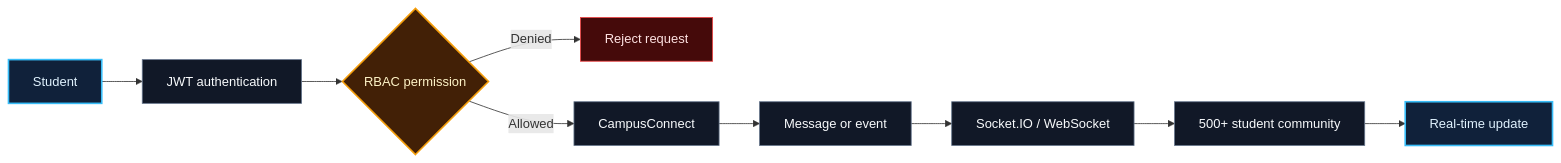
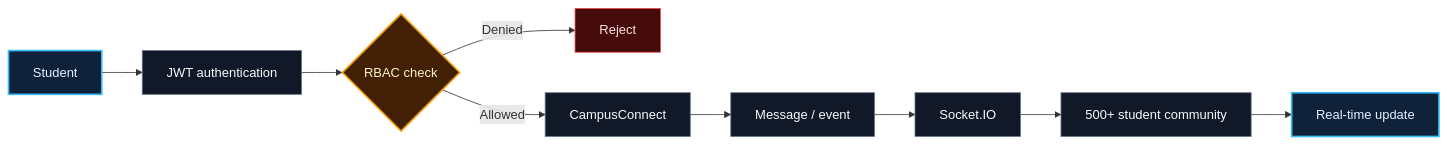
The second of 4 diagrams in README.md (Pradeep-Kumar-30/pradeep-kumar-30), drawn with Mermaid before and after one commit. The commit also changed other lines of this file, not shown here.

````diff
--- a/README.md
+++ b/README.md
@@ -87,19 +76,20 @@
 ```mermaid
 flowchart LR
     A[Student] --> B[JWT authentication]
-    B --> C{RBAC permission}
-    C -->|Denied| X[Reject request]
+    B --> C{RBAC check}
+    C -->|Denied| X[Reject]
     C -->|Allowed| D[CampusConnect]
-    D --> E[Message or event]
-    E --> F[Socket.IO / WebSocket]
+    D --> E[Message / event]
+    E --> F[Socket.IO]
     F --> G[500+ student community]
     G --> H[Real-time update]
-    classDef entry fill:#10213A,stroke:#38BDF8,color:#E0F2FE,stroke-width:2px
+    classDef input fill:#10213A,stroke:#38BDF8,color:#E0F2FE,stroke-width:2px
     classDef step fill:#111827,stroke:#64748B,color:#F8FAFC
-    classDef choice fill:#422006,stroke:#F59E0B,color:#FEF3C7,stroke-width:2px
-    classDef deny fill:#450A0A,stroke:#EF4444,color:#FEE2E2
-    class A,H entry
+    classDef gate fill:#422006,stroke:#F59E0B,color:#FEF3C7,stroke-width:2px
+    classDef block fill:#450A0A,stroke:#EF4444,color:#FEE2E2
+    classDef done fill:#052E16,stroke:#22C55E,color:#DCFCE7
+    class A,H input
     class B,D,E,F,G step
-    class C choice
-    class X deny
+    class C gate
+    class X block
 ```
````
